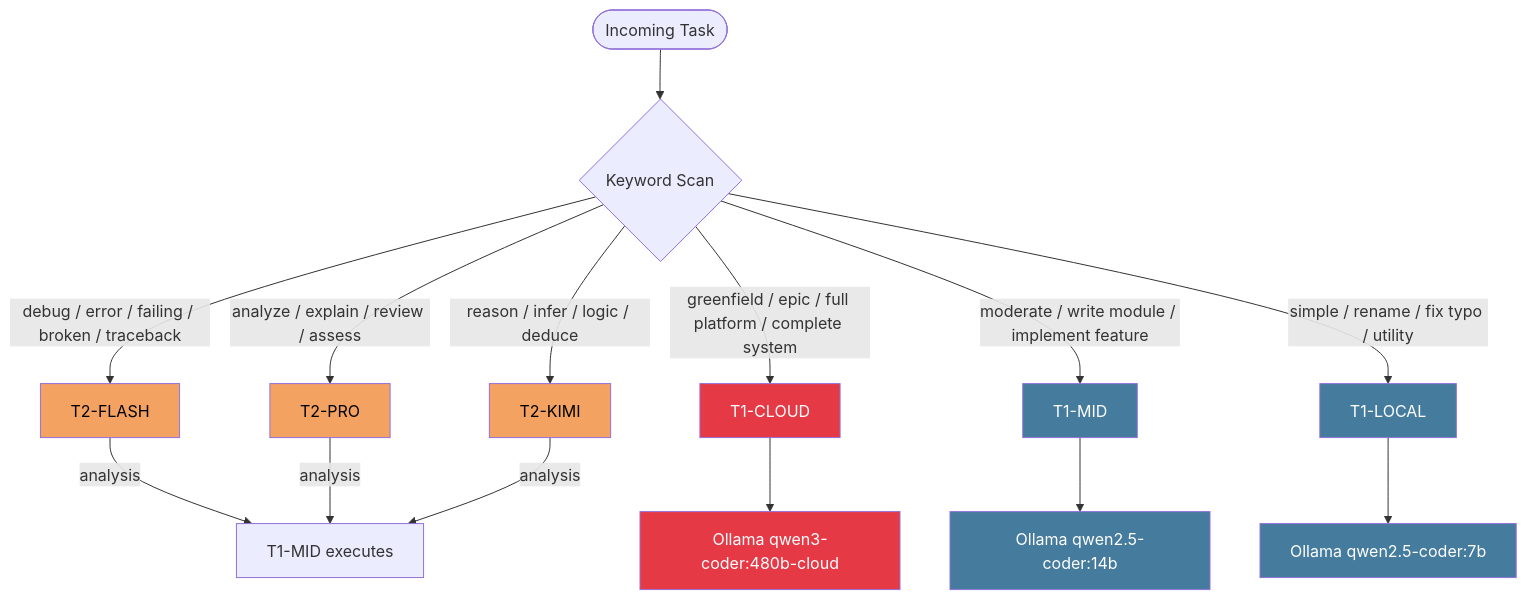
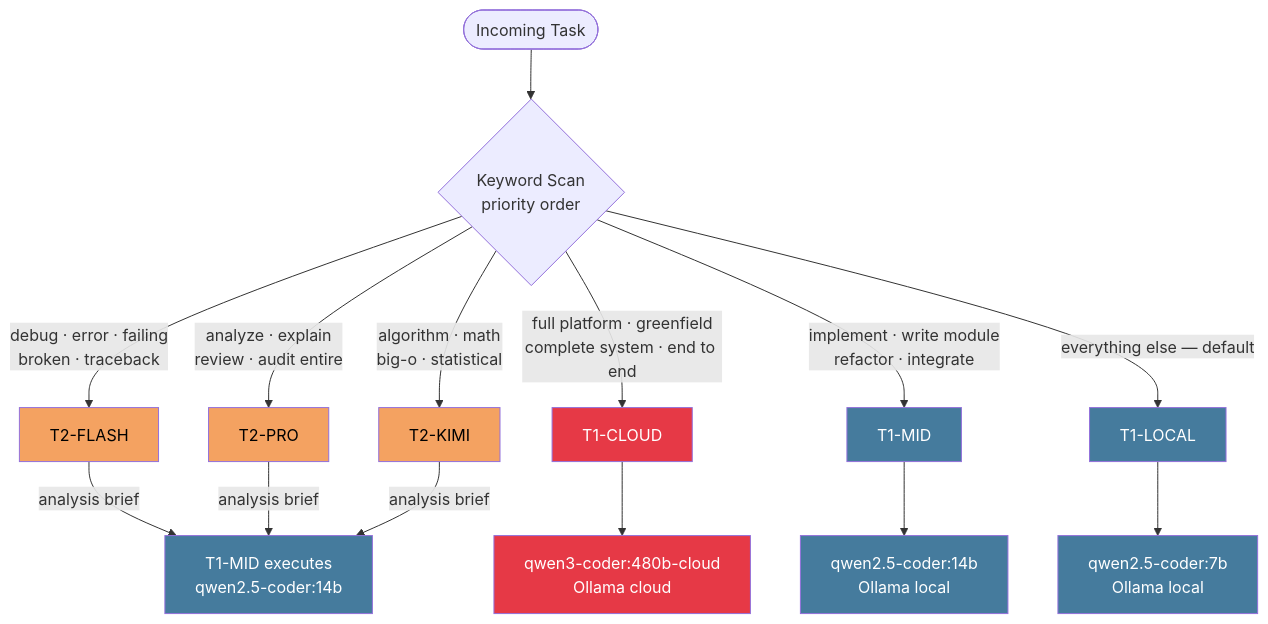
Before and after one commit to dineshsrivastava07-cell/Claude-Tier-MacMini: the fourth of 8 diagrams in ARCHITECTURE.md, drawn with Mermaid. The commit also changed other lines of this file and 7 other files, not shown here.

````diff
--- a/ARCHITECTURE.md
+++ b/ARCHITECTURE.md
@@ -93,28 +145,29 @@
 ```mermaid
 flowchart TD
-    Task([Incoming Task]) --> KW{Keyword Scan}
+    Task([Incoming Task]) --> KW{Keyword Scan<br/>priority order}
 
-    KW -->|debug / error / failing / broken / traceback| TF[T2-FLASH]
-    KW -->|analyze / explain / review / assess| TP[T2-PRO]
-    KW -->|reason / infer / logic / deduce| TK[T2-KIMI]
-    KW -->|greenfield / epic / full platform / complete system| TC[T1-CLOUD]
-    KW -->|moderate / write module / implement feature| TM[T1-MID]
-    KW -->|simple / rename / fix typo / utility| TL[T1-LOCAL]
+    KW -->|debug · error · failing<br/>broken · traceback| TF[T2-FLASH]
+    KW -->|analyze · explain<br/>review · audit entire| TP[T2-PRO]
+    KW -->|algorithm · math<br/>big-o · statistical| TK[T2-KIMI]
+    KW -->|full platform · greenfield<br/>complete system · end to end| TC[T1-CLOUD]
+    KW -->|implement · write module<br/>refactor · integrate| TM[T1-MID]
+    KW -->|everything else — default| TL[T1-LOCAL]
 
-    TF -->|analysis| TM2[T1-MID executes]
-    TP -->|analysis| TM2
-    TK -->|analysis| TM2
-    TC --> OC[Ollama qwen3-coder:480b-cloud]
-    TM --> OM[Ollama qwen2.5-coder:14b]
-    TL --> OL[Ollama qwen2.5-coder:7b]
+    TF -->|analysis brief| TM2[T1-MID executes<br/>qwen2.5-coder:14b]
+    TP -->|analysis brief| TM2
+    TK -->|analysis brief| TM2
+    TC --> OC[qwen3-coder:480b-cloud<br/>Ollama cloud]
+    TM --> OM[qwen2.5-coder:14b<br/>Ollama local]
+    TL --> OL[qwen2.5-coder:7b<br/>Ollama local]
 
     style TF fill:#f4a261,color:#000
     style TP fill:#f4a261,color:#000
     style TK fill:#f4a261,color:#000
     style TC fill:#e63946,color:#fff
     style TM fill:#457b9d,color:#fff
     style TL fill:#457b9d,color:#fff
+    style TM2 fill:#457b9d,color:#fff
     style OC fill:#e63946,color:#fff
     style OM fill:#457b9d,color:#fff
     style OL fill:#457b9d,color:#fff
 ```
````
